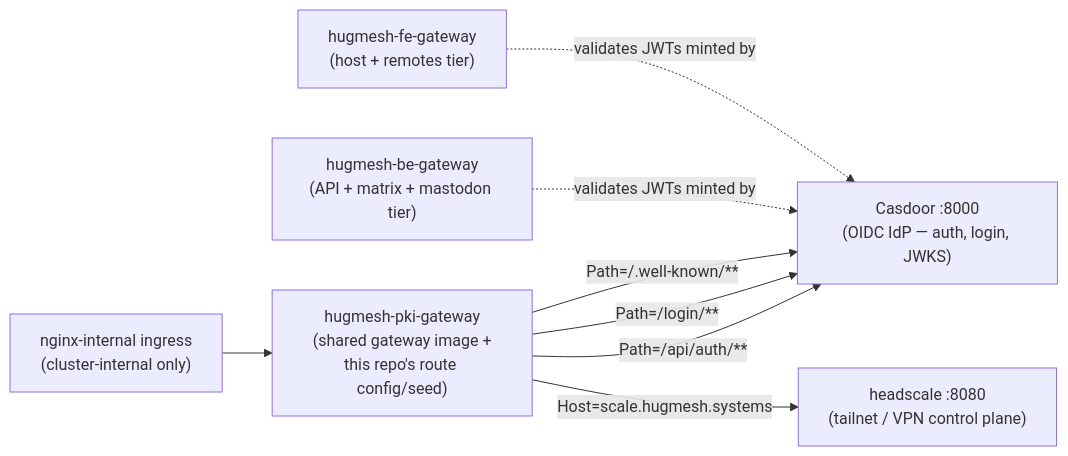
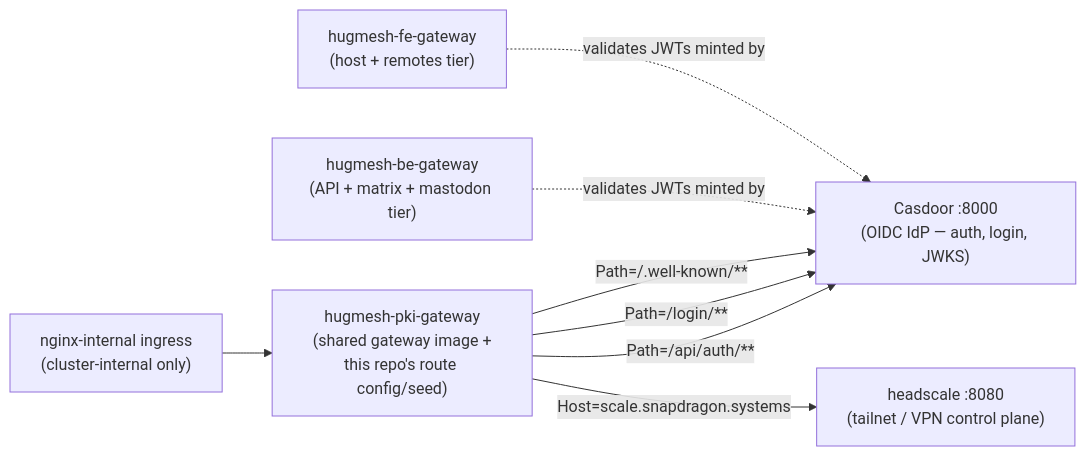
One commit to hugmesh/hugmesh-pki-gateway changed the diagram in README.md. Above: the diagram before and after it, drawn with Mermaid. The commit also changed other lines of this file and 2 other files, not shown here.

First line of the commit message:
fix(rebrand): revert live-DNS/route identifiers over-renamed to hugmesh-* (#20)

````diff
--- a/README.md
+++ b/README.md
@@ -41,10 +41,10 @@
 ```mermaid
 flowchart LR
     ingress["nginx-internal ingress<br/>(cluster-internal only)"] --> gw["hugmesh-pki-gateway<br/>(shared gateway image +<br/>this repo's route config/seed)"]
     gw -->|Path=/api/auth/**| casdoor["Casdoor :8000<br/>(OIDC IdP — auth, login, JWKS)"]
     gw -->|Path=/login/**| casdoor
     gw -->|Path=/.well-known/**| casdoor
-    gw -->|Host=scale.hugmesh.systems| headscale["headscale :8080<br/>(tailnet / VPN control plane)"]
+    gw -->|Host=scale.snapdragon.systems| headscale["headscale :8080<br/>(tailnet / VPN control plane)"]
     beGw["hugmesh-be-gateway<br/>(API + matrix + mastodon tier)"] -.->|validates JWTs minted by| casdoor
     feGw["hugmesh-fe-gateway<br/>(host + remotes tier)"] -.->|validates JWTs minted by| casdoor
 ```
````
